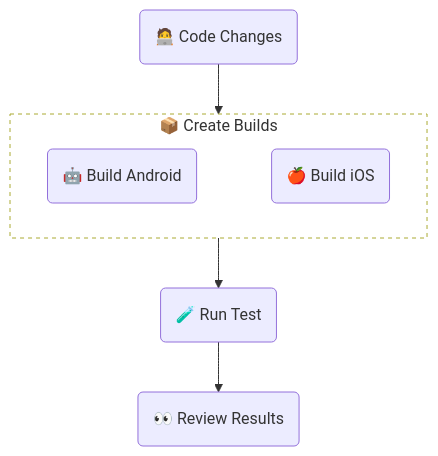
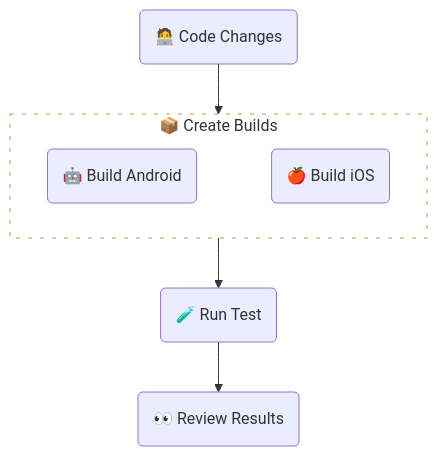
The diagram in examples/standard/README.md (sherlo-io/sherlo), drawn with Mermaid before and after one commit.

Commit message:
no message

````diff
--- a/examples/standard/README.md
+++ b/examples/standard/README.md
@@ -14,16 +14,16 @@
 ```mermaid
 flowchart TB
    UI(🧑‍💻 Code Changes)
    subgraph Build[📦 Create Builds]
       Android(🤖 Build Android)
       iOS(🍎 Build iOS)
       Android ~~~ iOS
-      style Build fill:#00000000,stroke-dasharray: 4 4
+      style Build fill:#00000000,stroke-dasharray: 4 8
    end
    Test(🧪 Run Test)
    Review(👀 Review Results)
 
    UI --> Build
    Build --> Test
    Test --> Review
 ```
````
